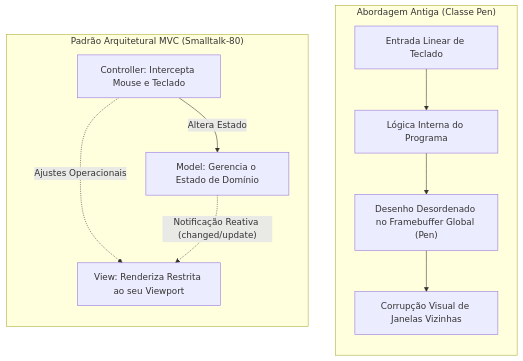
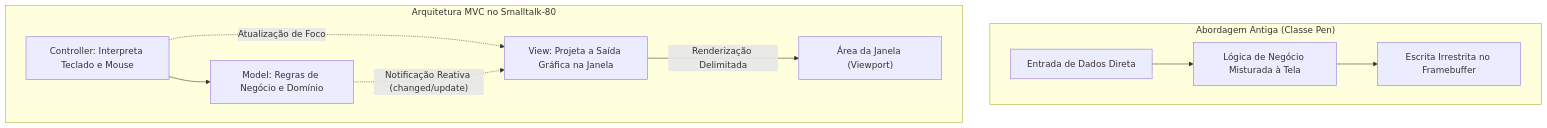
Diagram 19 of 28 in 4º Semestre/[Prof. Wesley Soares] Engenharia de Software II/Resumos-IA/Caderno-Consolidado.md (murilolol/unifef), drawn with Mermaid before and after one commit. The commit also changed other lines of this file and 40 other files, not shown here.

````diff
--- a/4º Semestre/[Prof. Wesley Soares] Engenharia de Software II/Resumos-IA/Caderno-Consolidado.md
+++ b/4º Semestre/[Prof. Wesley Soares] Engenharia de Software II/Resumos-IA/Caderno-Consolidado.md
@@ -973,20 +885,14 @@
 ```mermaid
 flowchart TD
-    subgraph AntigoSmalltalk["Abordagem Antiga (Classe Pen)"]
-        direction TB
-        A1["Entrada Linear de Teclado"] --> A2["Lógica Interna do Programa"]
-        A2 --> A3["Desenho Desordenado no Framebuffer Global (Pen)"]
-        A3 --> A4["Corrupção Visual de Janelas Vizinhas"]
+    subgraph MonoliticoPrimitivo["Abordagem Antiga (Classe Pen)"]
+        D1["Entrada de Dados Direta"] --> D2["Lógica de Negócio Misturada à Tela"]
+        D2 --> D3["Escrita Irrestrita no Framebuffer"]
     end
 
-    subgraph PadraoMVC["Padrão Arquitetural MVC (Smalltalk-80)"]
-        direction TB
-        C["Controller: Intercepta Mouse e Teclado"]
-        M["Model: Gerencia o Estado de Domínio"]
-        V["View: Renderiza Restrita ao seu Viewport"]
-
-        C -->|"Altera Estado"| M
-        C -.->|"Ajustes Operacionais"| V
-        M -.->|"Notificação Reativa (changed/update)"| V
+    subgraph ArquiteturaMVC["Arquitetura MVC no Smalltalk-80"]
+        CTRL["Controller: Interpreta Teclado e Mouse"] --> MOD["Model: Regras de Negócio e Domínio"]
+        CTRL -.->|"Atualização de Foco"| VIW["View: Projeta a Saída Gráfica na Janela"]
+        MOD -.->|"Notificação Reativa (changed/update)"| VIW
+        VIW -->|"Renderização Delimitada"| SCR["Área da Janela (Viewport)"]
     end
 ```
````
